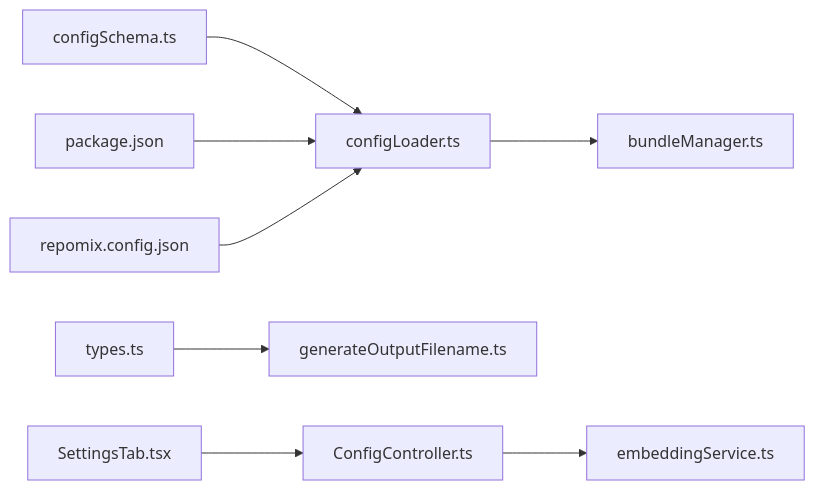
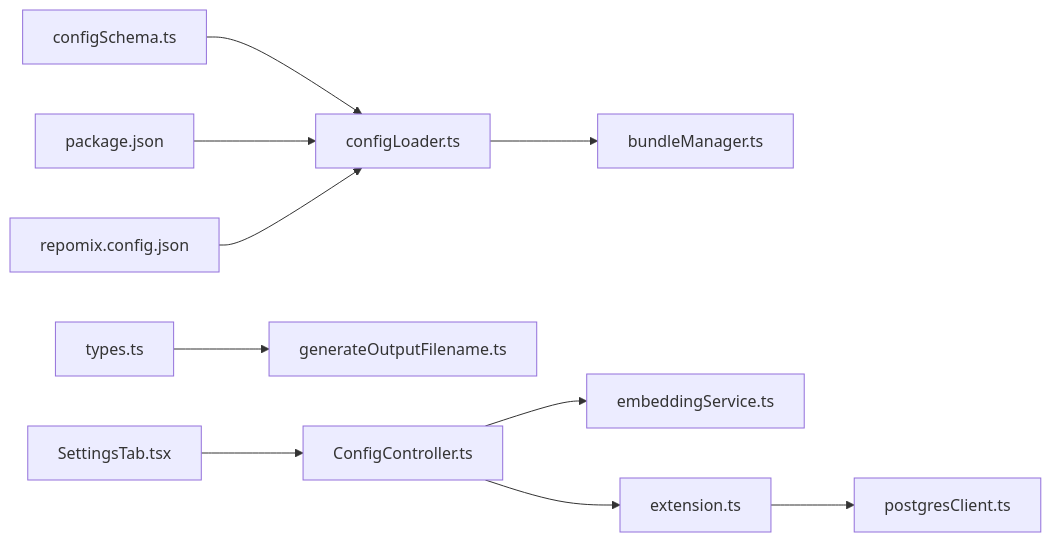
The seventh of 7 diagrams in .qoder/repowiki/en/content/Configuration Management/Configuration Management.md (bramburn/repomix-runner), drawn with Mermaid before and after one commit. The commit also changed other lines of this file and 40 other files, not shown here.

````diff
--- a/.qoder/repowiki/en/content/Configuration Management/Configuration Management.md
+++ b/.qoder/repowiki/en/content/Configuration Management/Configuration Management.md
@@ -303,10 +378,12 @@
 ```mermaid
 graph LR
 CSCH["configSchema.ts"] --> CLDR["configLoader.ts"]
 PJSON["package.json"] --> CLDR
 RCFG["repomix.config.json"] --> CLDR
 CLDR --> BMGR["bundleManager.ts"]
 BTYP["types.ts"] --> GFNM["generateOutputFilename.ts"]
 SETAB["SettingsTab.tsx"] --> CCTL["ConfigController.ts"]
 CCTL --> EMB["embeddingService.ts"]
+EXT["extension.ts"] --> PGCLIENT["postgresClient.ts"]
+CCTL --> EXT
 ```
````
